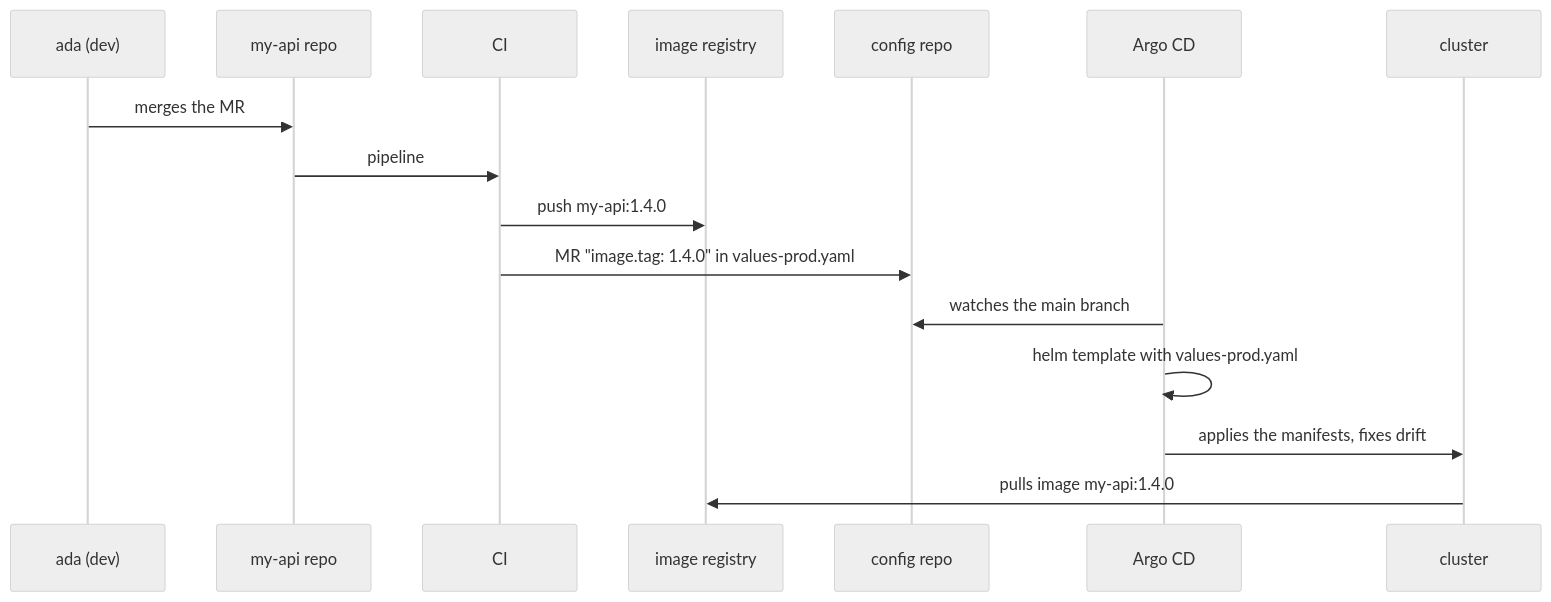
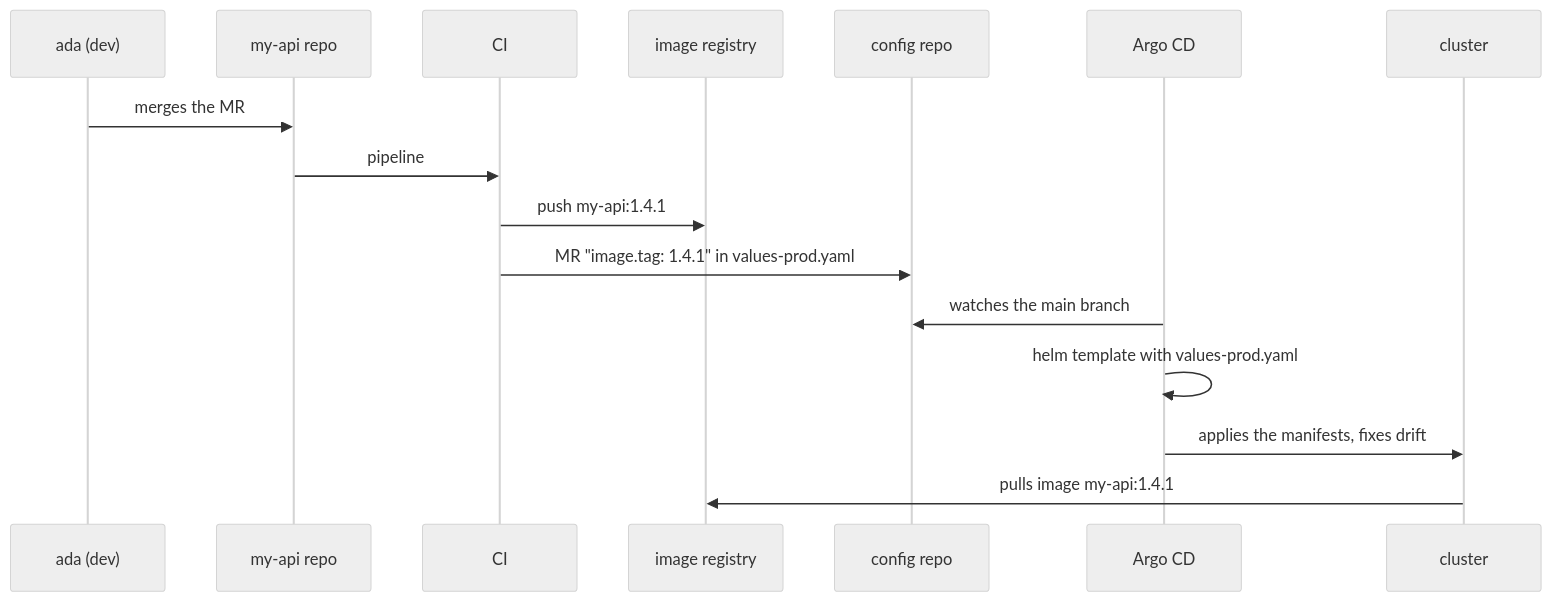
The eighth of 12 diagrams in docs/knowledge/kubernetes.en.md (vincentbaticle/reminder), drawn with Mermaid (neutral theme) before and after one commit. The commit also changed other lines of this file and 2 other files, not shown here.

````diff
--- a/docs/knowledge/kubernetes.en.md
+++ b/docs/knowledge/kubernetes.en.md
@@ -815,18 +871,18 @@
 ```mermaid
 sequenceDiagram
   participant Dev as ada (dev)
   participant App as my-api repo
   participant CI
   participant Reg as image registry
   participant Cfg as config repo
   participant Argo as Argo CD
   participant K8s as cluster
   Dev->>App: merges the MR
   App->>CI: pipeline
-  CI->>Reg: push my-api:1.4.0
-  CI->>Cfg: MR "image.tag: 1.4.0" in values-prod.yaml
+  CI->>Reg: push my-api:1.4.1
+  CI->>Cfg: MR "image.tag: 1.4.1" in values-prod.yaml
   Argo->>Cfg: watches the main branch
   Argo->>Argo: helm template with values-prod.yaml
   Argo->>K8s: applies the manifests, fixes drift
-  K8s->>Reg: pulls image my-api:1.4.0
+  K8s->>Reg: pulls image my-api:1.4.1
 ```
````
